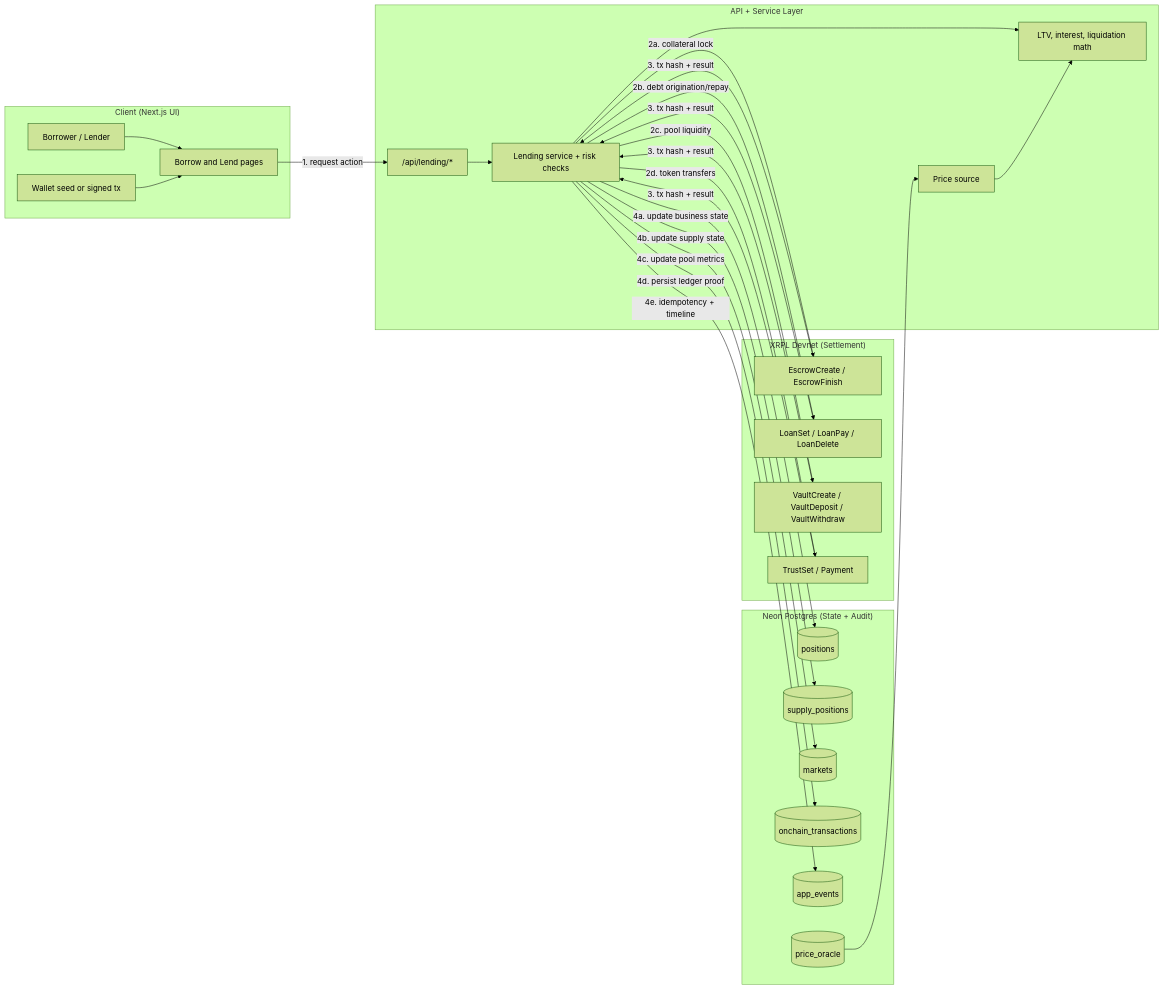
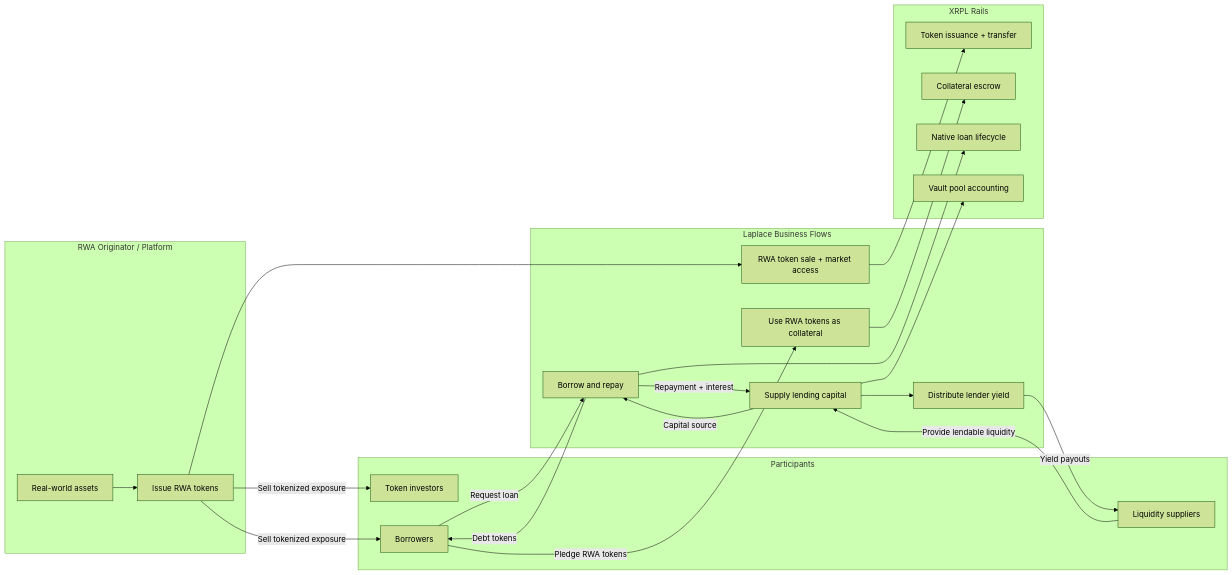
One commit to tawago/laplace-mvp changed the first of 3 diagrams in README.md. Above: the diagram before and after it, drawn with Mermaid (forest theme). The commit also changed other lines of this file, not shown here.

Commit message:
codex revise 2

````diff
--- a/README.md
+++ b/README.md
@@ -38,55 +38,50 @@
 ```mermaid
 flowchart LR
-    subgraph FE["Client (Next.js UI)"]
-        U[Borrower / Lender]
-        UI[Borrow and Lend pages]
-        WALLET[Wallet seed or signed tx]
+    subgraph RWA["RWA Originator / Platform"]
+        ASSET[Real-world assets]
+        ISSUE[Issue RWA tokens]
     end
 
-    subgraph BE["API + Service Layer"]
-        API["/api/lending/*"]
-        SVC[Lending service + risk checks]
-        CALC[LTV, interest, liquidation math]
-        ORACLE[Price source]
+    subgraph USERS["Participants"]
+        INV[Token investors]
+        BRW[Borrowers]
+        LP[Liquidity suppliers]
     end
 
-    subgraph LEDGER["XRPL Devnet (Settlement)"]
-        ESC[EscrowCreate / EscrowFinish]
-        LOAN[LoanSet / LoanPay / LoanDelete]
-        VAULT[VaultCreate / VaultDeposit / VaultWithdraw]
-        TOKENS[TrustSet / Payment]
+    subgraph LAPLACE["Laplace Business Flows"]
+        MARKET[RWA token sale + market access]
+        COLL[Use RWA tokens as collateral]
+        POOL[Supply lending capital]
+        CREDIT[Borrow and repay]
+        YIELD[Distribute lender yield]
     end
 
-    subgraph DATA["Neon Postgres (State + Audit)"]
-        POS[(positions)]
-        SUP[(supply_positions)]
-        MKT[(markets)]
-        TX[(onchain_transactions)]
-        EVT[(app_events)]
-        PR[(price_oracle)]
+    subgraph XRPL["XRPL Rails"]
+        TOK[Token issuance + transfer]
+        ESC[Collateral escrow]
+        LOAN[Native loan lifecycle]
+        VAULT[Vault pool accounting]
     end
 
-    U --> UI
-    WALLET --> UI
-    UI -->|1. request action| API
-    API --> SVC
-    SVC --> CALC
-    ORACLE --> CALC
-    PR --> ORACLE
+    ASSET --> ISSUE
+    ISSUE -->|Sell tokenized exposure| INV
+    ISSUE -->|Sell tokenized exposure| BRW
+    ISSUE --> MARKET
 
-    SVC -->|2a. collateral lock| ESC
-    SVC -->|2b. debt origination/repay| LOAN
-    SVC -->|2c. pool liquidity| VAULT
-    SVC -->|2d. token transfers| TOKENS
+    BRW -->|Pledge RWA tokens| COLL
+    COLL --> ESC
 
-    ESC -->|3. tx hash + result| SVC
-    LOAN -->|3. tx hash + result| SVC
-    VAULT -->|3. tx hash + result| SVC
-    TOKENS -->|3. tx hash + result| SVC
+    LP -->|Provide lendable liquidity| POOL
+    POOL --> VAULT
 
-    SVC -->|4a. update business state| POS
-    SVC -->|4b. update supply state| SUP
-    SVC -->|4c. update pool metrics| MKT
-    SVC -->|4d. persist ledger proof| TX
-    SVC -->|4e. idempotency + timeline| EVT
+    BRW -->|Request loan| CREDIT
+    POOL -->|Capital source| CREDIT
+    CREDIT -->|Debt tokens| BRW
+    CREDIT -->|Repayment + interest| POOL
+
+    POOL --> YIELD
+    YIELD -->|Yield payouts| LP
+
+    MARKET --> TOK
+    CREDIT --> LOAN
 ```
````
